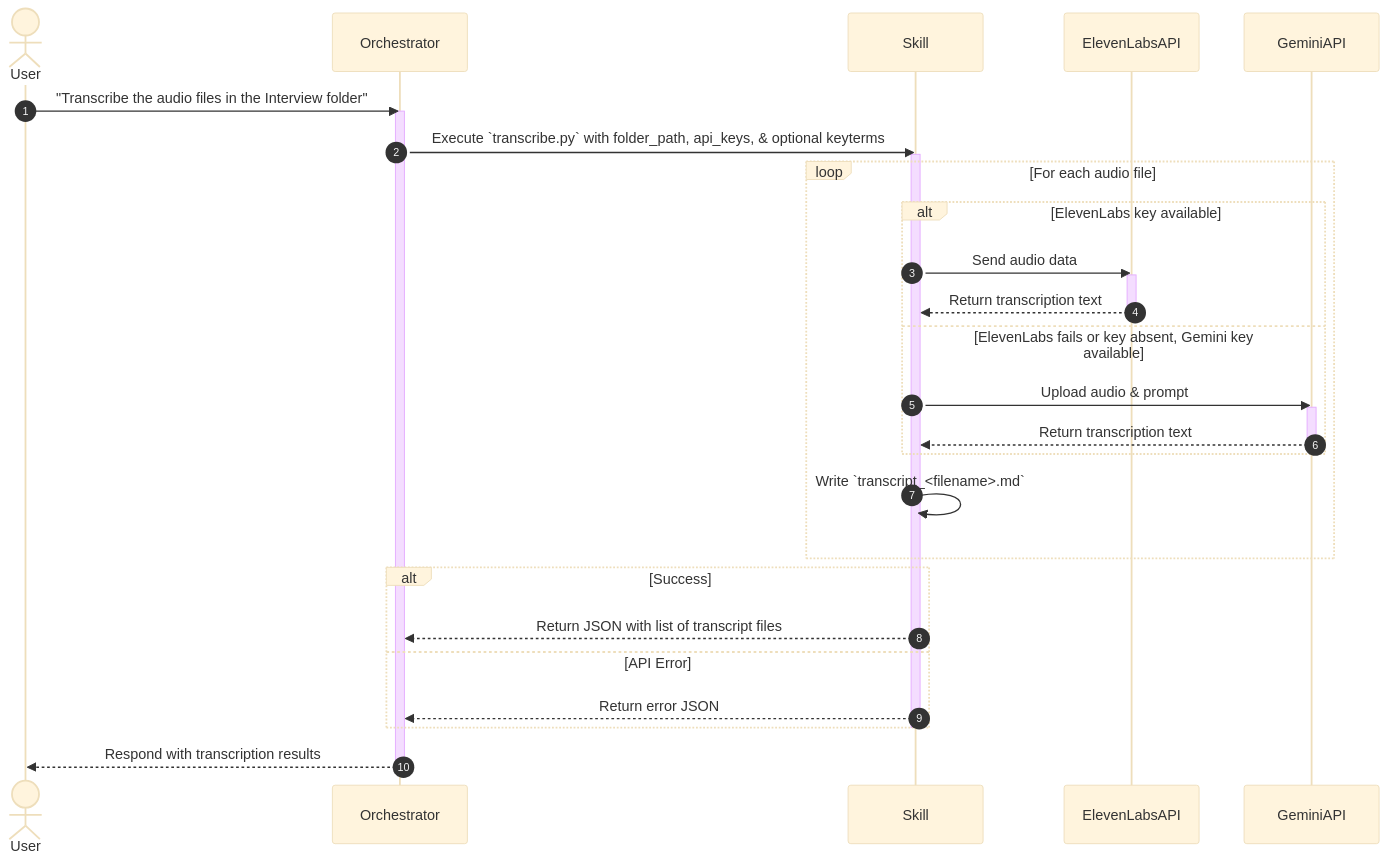
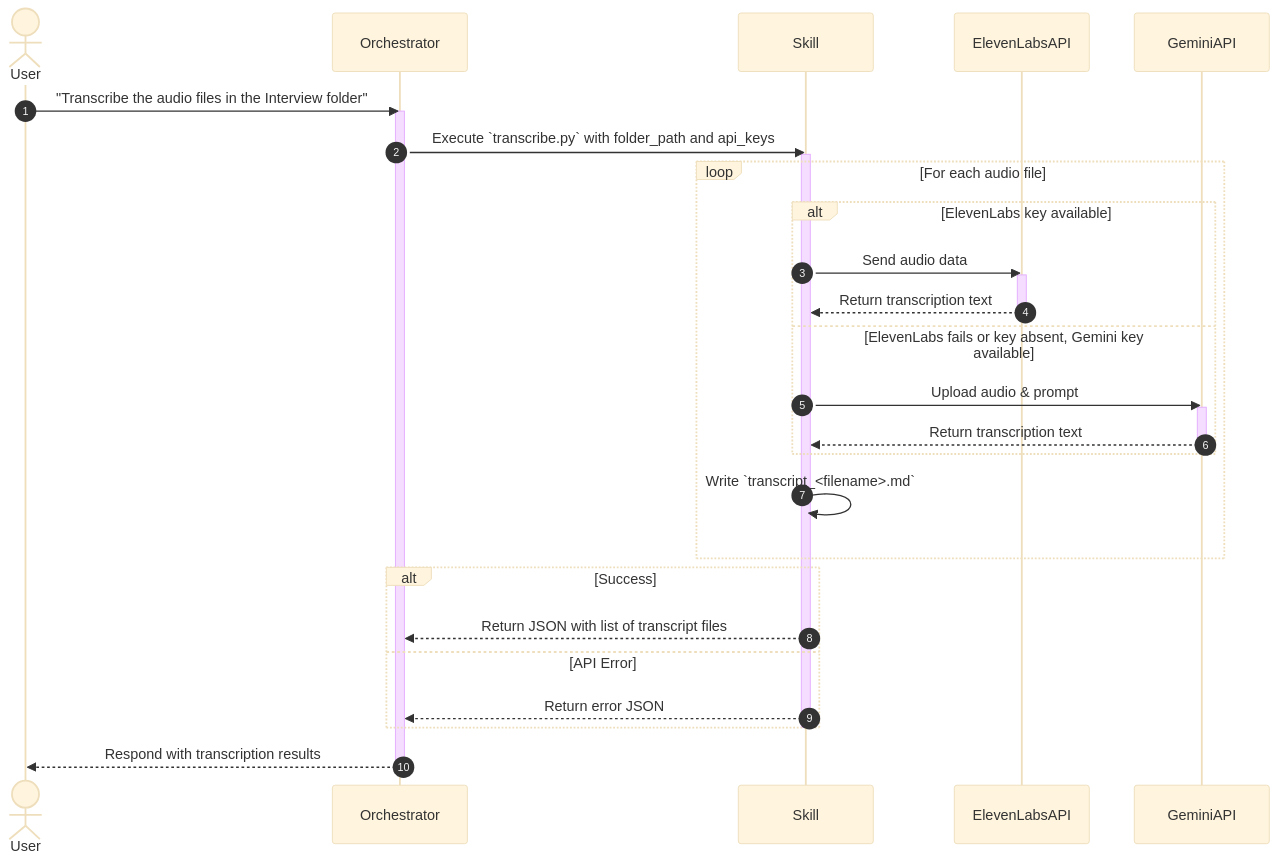
One commit to nguyenlamhai89/UX-Agent changed the diagram in .agents/workflows/ux-interview/skills/transcribe-audios/SKILL.md. Above: the diagram before and after it, drawn with Mermaid (base theme). The commit also changed other lines of this file and 2 other files, not shown here.

````diff
--- a/.agents/workflows/ux-interview/skills/transcribe-audios/SKILL.md
+++ b/.agents/workflows/ux-interview/skills/transcribe-audios/SKILL.md
@@ -121,40 +119,40 @@
 ```mermaid
 sequenceDiagram
     autonumber
     actor User
     participant Orchestrator
     participant Skill
     participant ElevenLabsAPI
     participant GeminiAPI
 
     User->>Orchestrator: "Transcribe the audio files in the Interview folder"
     activate Orchestrator
     
-    Orchestrator->>Skill: Execute `transcribe.py` with folder_path, api_keys, & optional keyterms
+    Orchestrator->>Skill: Execute `transcribe.py` with folder_path and api_keys
     activate Skill
     
     loop For each audio file
         alt ElevenLabs key available
             Skill->>ElevenLabsAPI: Send audio data
             activate ElevenLabsAPI
             ElevenLabsAPI-->>Skill: Return transcription text
             deactivate ElevenLabsAPI
         else ElevenLabs fails or key absent, Gemini key available
             Skill->>GeminiAPI: Upload audio & prompt
             activate GeminiAPI
             GeminiAPI-->>Skill: Return transcription text
             deactivate GeminiAPI
         end
         Skill->>Skill: Write `transcript_<filename>.md`
     end
     
     alt Success
         Skill-->>Orchestrator: Return JSON with list of transcript files
     else API Error
         Skill-->>Orchestrator: Return error JSON
     end
     deactivate Skill
     
     Orchestrator-->>User: Respond with transcription results
     deactivate Orchestrator
 ```
````
